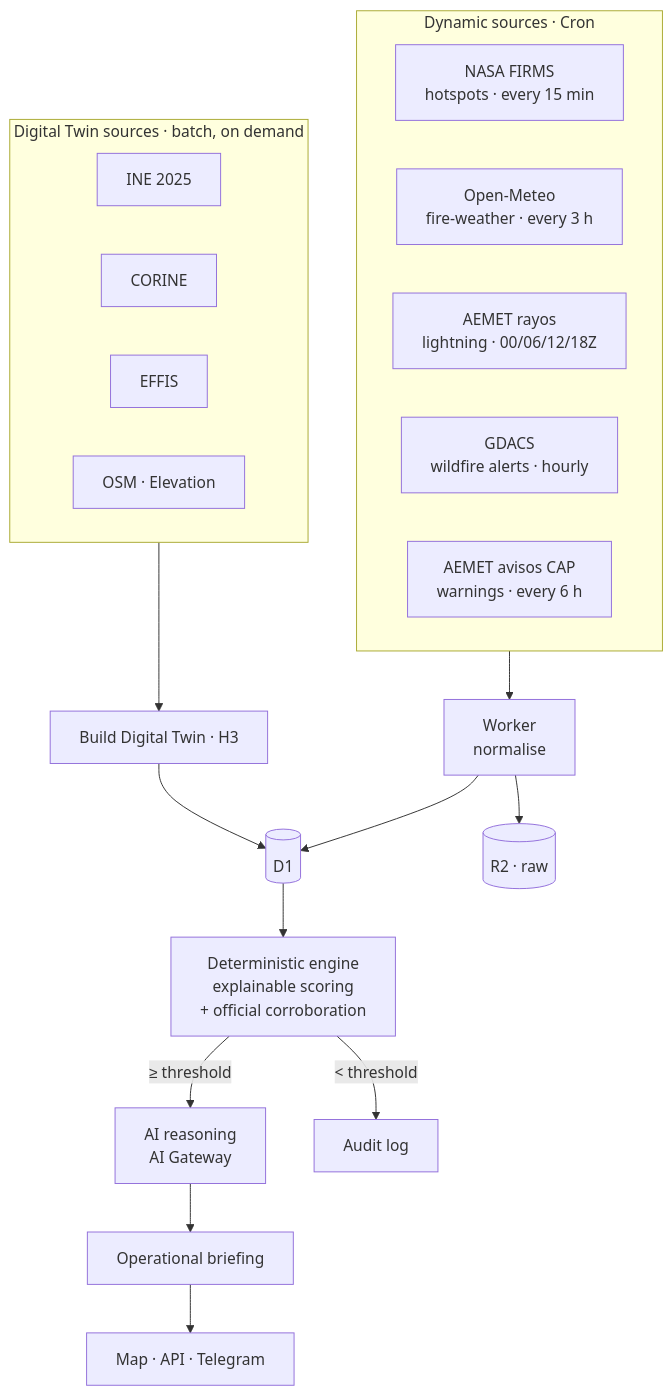
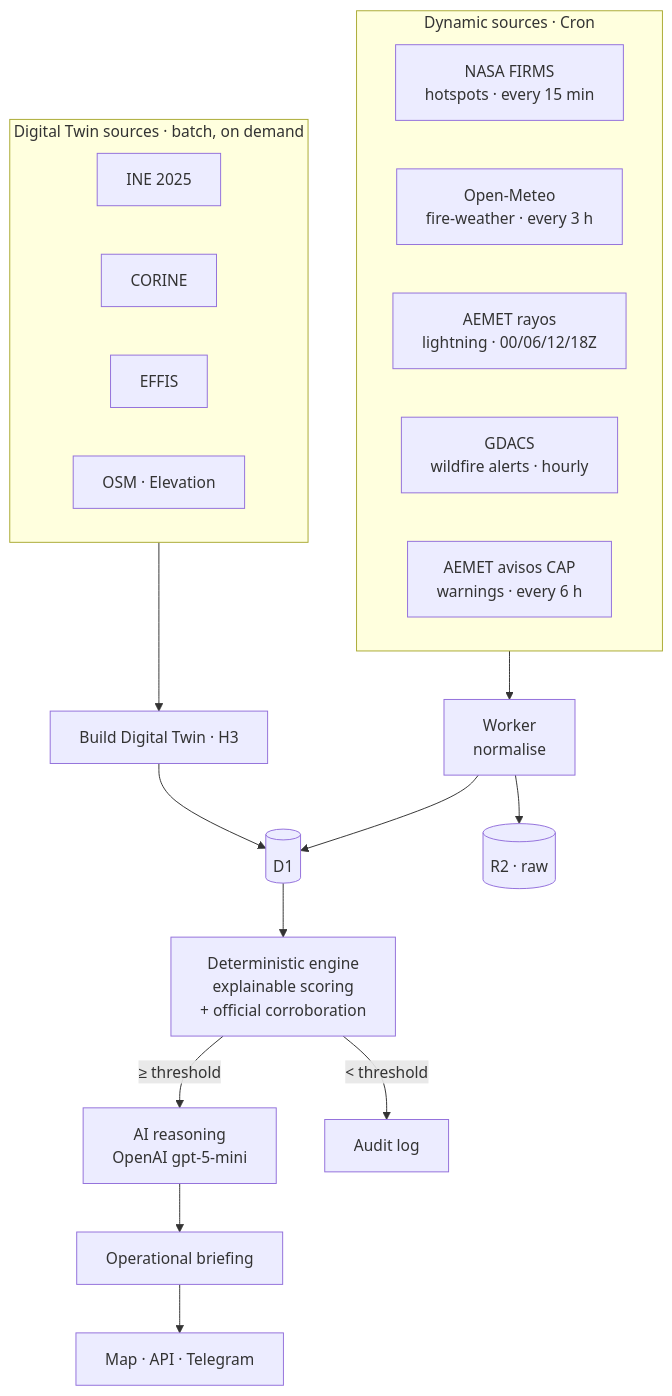
One commit to dromerosm/geospatial-intelligent-platform changed the diagram in docs/architecture.md. Above: the diagram before and after it, drawn with Mermaid. The commit also changed other lines of this file and 12 other files, not shown here.

````diff
--- a/docs/architecture.md
+++ b/docs/architecture.md
@@ -8,28 +8,28 @@
 ```mermaid
 flowchart TB
   subgraph DYN["Dynamic sources · Cron"]
     direction LR
     FIRMS["NASA FIRMS<br/>hotspots · every 15 min"]
     METEO["Open-Meteo<br/>fire-weather · every 3 h"]
     RAYOS["AEMET rayos<br/>lightning · 00/06/12/18Z"]
     GDACS["GDACS<br/>wildfire alerts · hourly"]
     AVISOS["AEMET avisos CAP<br/>warnings · every 6 h"]
   end
   subgraph SRC["Digital Twin sources · batch, on demand"]
     direction LR
     INE["INE 2025"]
     CLC["CORINE"]
     EFFIS["EFFIS"]
     OSM["OSM · Elevation"]
   end
   DYN --> WK["Worker<br/>normalise"]
   WK --> D1[("D1")]
   WK --> R2[("R2 · raw")]
   SRC --> BLD["Build Digital Twin · H3"]
   BLD --> D1
   D1 --> DET["Deterministic engine<br/>explainable scoring<br/>+ official corroboration"]
-  DET -->|"≥ threshold"| AIG["AI reasoning<br/>AI Gateway"]
+  DET -->|"≥ threshold"| AIG["AI reasoning<br/>OpenAI gpt-5-mini"]
   DET -->|"< threshold"| AUD["Audit log"]
   AIG --> BR["Operational briefing"]
   BR --> OPS["Map · API · Telegram"]
 ```
````
